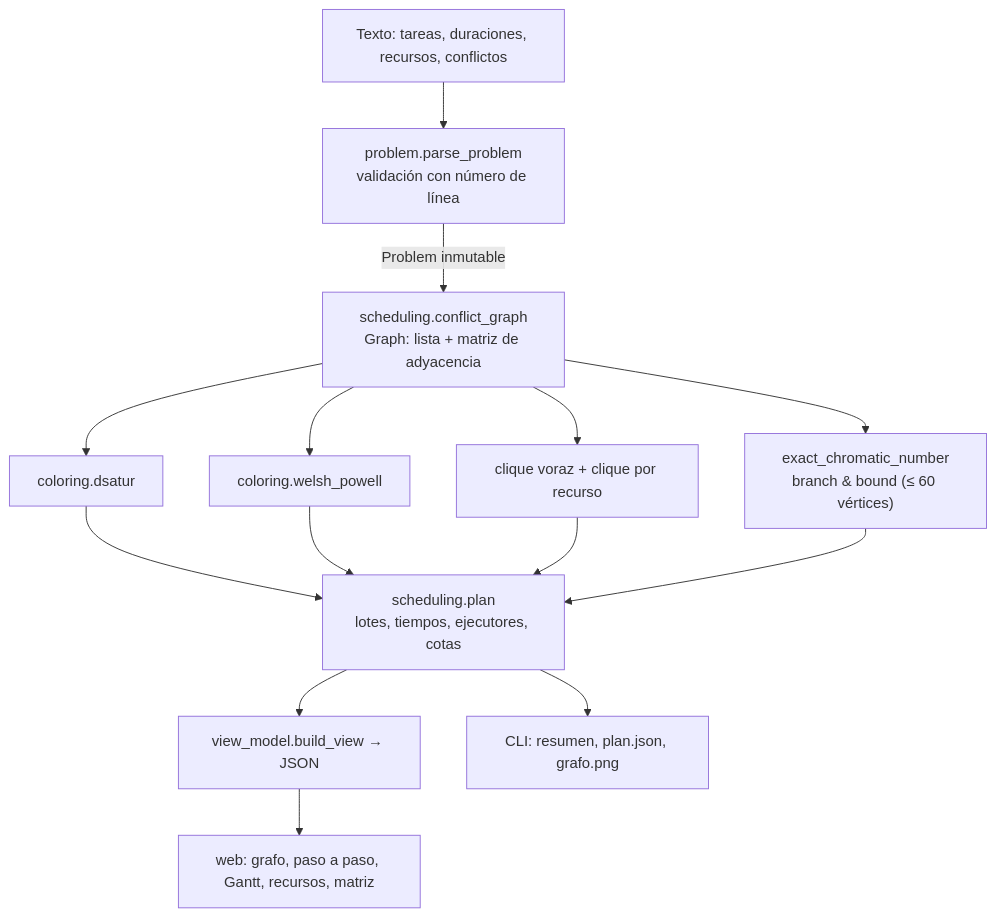
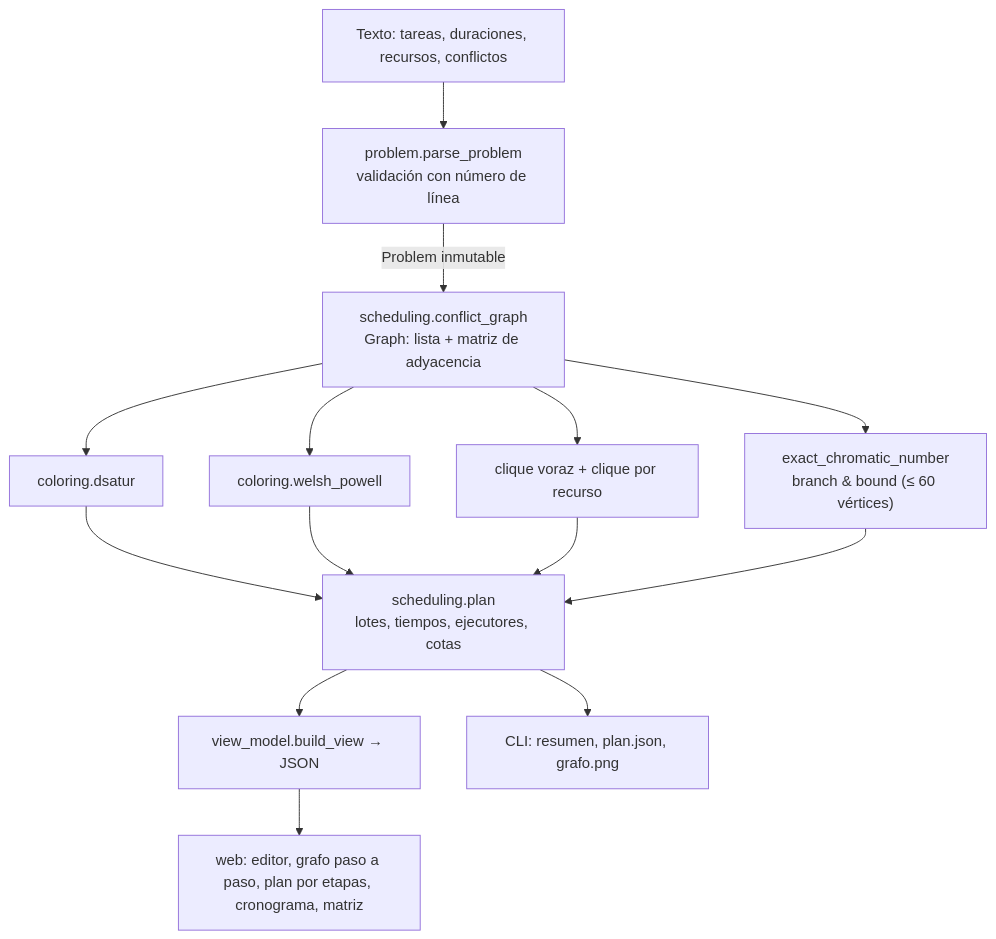
One commit to Djch18AtSchool/graph-resource-planner changed the second of 2 diagrams in docs/ARQUITECTURA.md. Above: the diagram before and after it, drawn with Mermaid. The commit also changed other lines of this file and 46 other files, not shown here.

````diff
--- a/docs/ARQUITECTURA.md
+++ b/docs/ARQUITECTURA.md
@@ -51,16 +51,16 @@
 ```mermaid
 flowchart TD
     IN["Texto: tareas, duraciones, recursos, conflictos"] --> PR["problem.parse_problem<br/>validación con número de línea"]
     PR -->|Problem inmutable| CG["scheduling.conflict_graph<br/>Graph: lista + matriz de adyacencia"]
     CG --> A1["coloring.dsatur"]
     CG --> A2["coloring.welsh_powell"]
     CG --> LB["clique voraz + clique por recurso"]
     CG --> EX["exact_chromatic_number<br/>branch & bound (≤ 60 vértices)"]
     A1 --> PL["scheduling.plan<br/>lotes, tiempos, ejecutores, cotas"]
     A2 --> PL
     LB --> PL
     EX --> PL
     PL --> VM["view_model.build_view → JSON"]
-    VM --> WEB["web: grafo, paso a paso, Gantt, recursos, matriz"]
+    VM --> WEB["web: editor, grafo paso a paso, plan por etapas, cronograma, matriz"]
     PL --> CLI["CLI: resumen, plan.json, grafo.png"]
 ```
````
